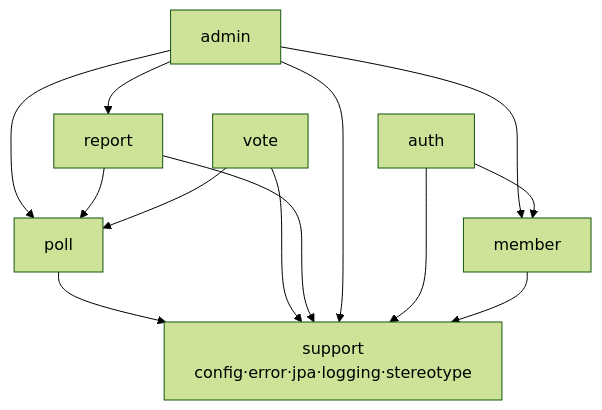
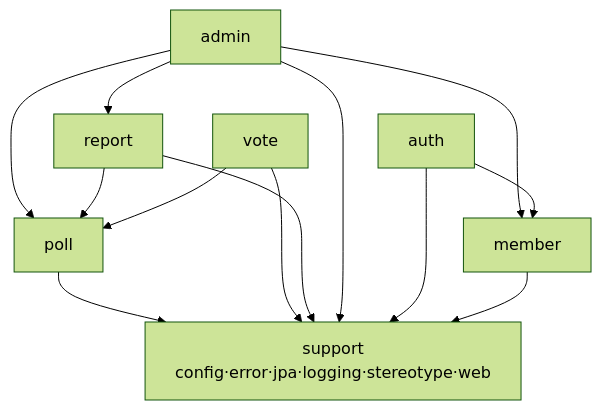
One commit to kwakseobang/AuDDum changed the second of 3 diagrams in docs/아키텍처.md. Above: the diagram before and after it, drawn with Mermaid (forest theme). The commit also changed other lines of this file and 32 other files, not shown here.

````diff
--- a/docs/아키텍처.md
+++ b/docs/아키텍처.md
@@ -40,16 +40,16 @@
 ```mermaid
 flowchart TD
     admin --> report
     admin --> poll
     admin --> member
     report --> poll
     vote --> poll
     auth --> member
     poll --> support
     vote --> support
     report --> support
     admin --> support
     auth --> support
     member --> support
-    support["support<br/>config·error·jpa·logging·stereotype"]
+    support["support<br/>config·error·jpa·logging·stereotype·web"]
 ```
````
